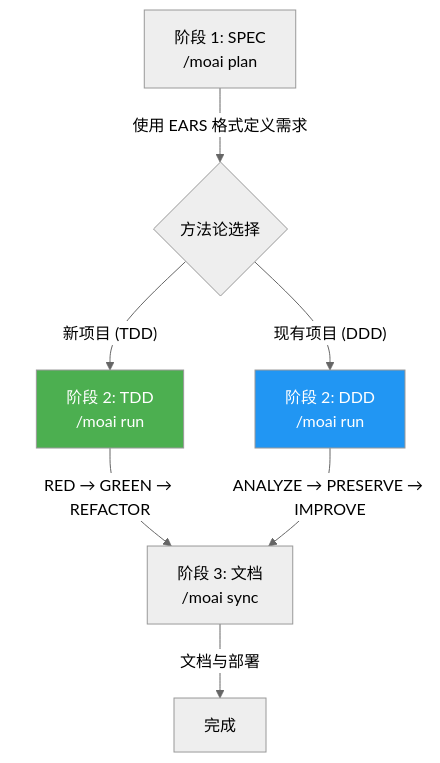
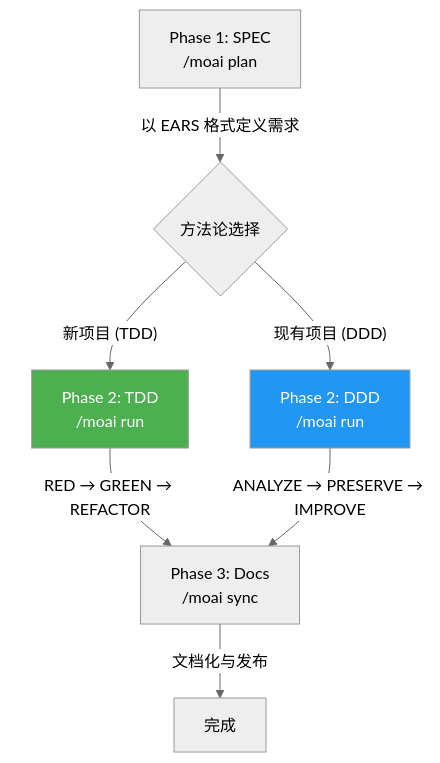
The second of 2 diagrams in docs-site/content/zh/getting-started/introduction.md (modu-ai/moai-adk), drawn with Mermaid (neutral theme) before and after one commit. The commit also changed other lines of this file and 395 other files, not shown here.

````diff
--- a/docs-site/content/zh/getting-started/introduction.md
+++ b/docs-site/content/zh/getting-started/introduction.md
@@ -234,12 +211,12 @@
 ```mermaid
 flowchart TD
-    A["阶段 1: SPEC<br/>/moai plan"] -->|"使用 EARS 格式定义需求"| B{"方法论选择"}
-    B -->|"新项目 (TDD)"| C["阶段 2: TDD<br/>/moai run"]
-    B -->|"现有项目 (DDD)"| D["阶段 2: DDD<br/>/moai run"]
-    C -->|"RED → GREEN → REFACTOR"| E["阶段 3: 文档<br/>/moai sync"]
+    A["Phase 1: SPEC<br/>/moai plan"] -->|"以 EARS 格式定义需求"| B{"方法论选择"}
+    B -->|"新项目 (TDD)"| C["Phase 2: TDD<br/>/moai run"]
+    B -->|"现有项目 (DDD)"| D["Phase 2: DDD<br/>/moai run"]
+    C -->|"RED → GREEN → REFACTOR"| E["Phase 3: Docs<br/>/moai sync"]
     D -->|"ANALYZE → PRESERVE → IMPROVE"| E
-    E -->|"文档与部署"| F["完成"]
+    E -->|"文档化与发布"| F["完成"]
 
     style C fill:#4CAF50,color:#fff
     style D fill:#2196F3,color:#fff
 ```
````
